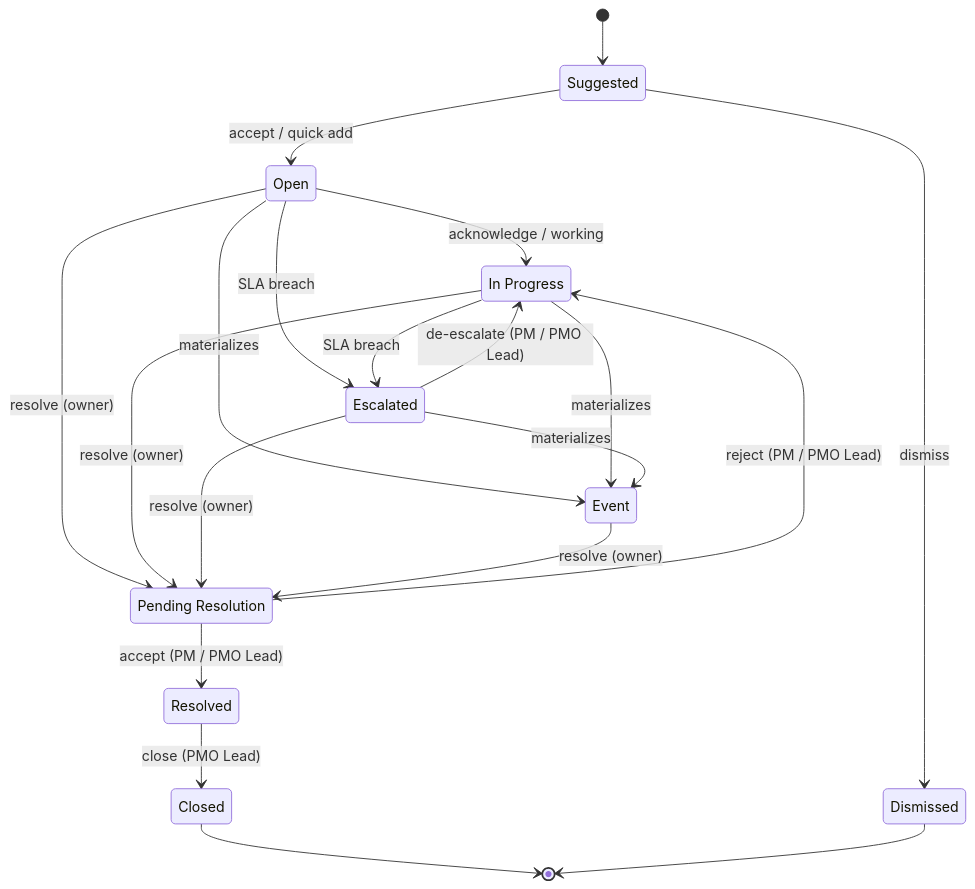
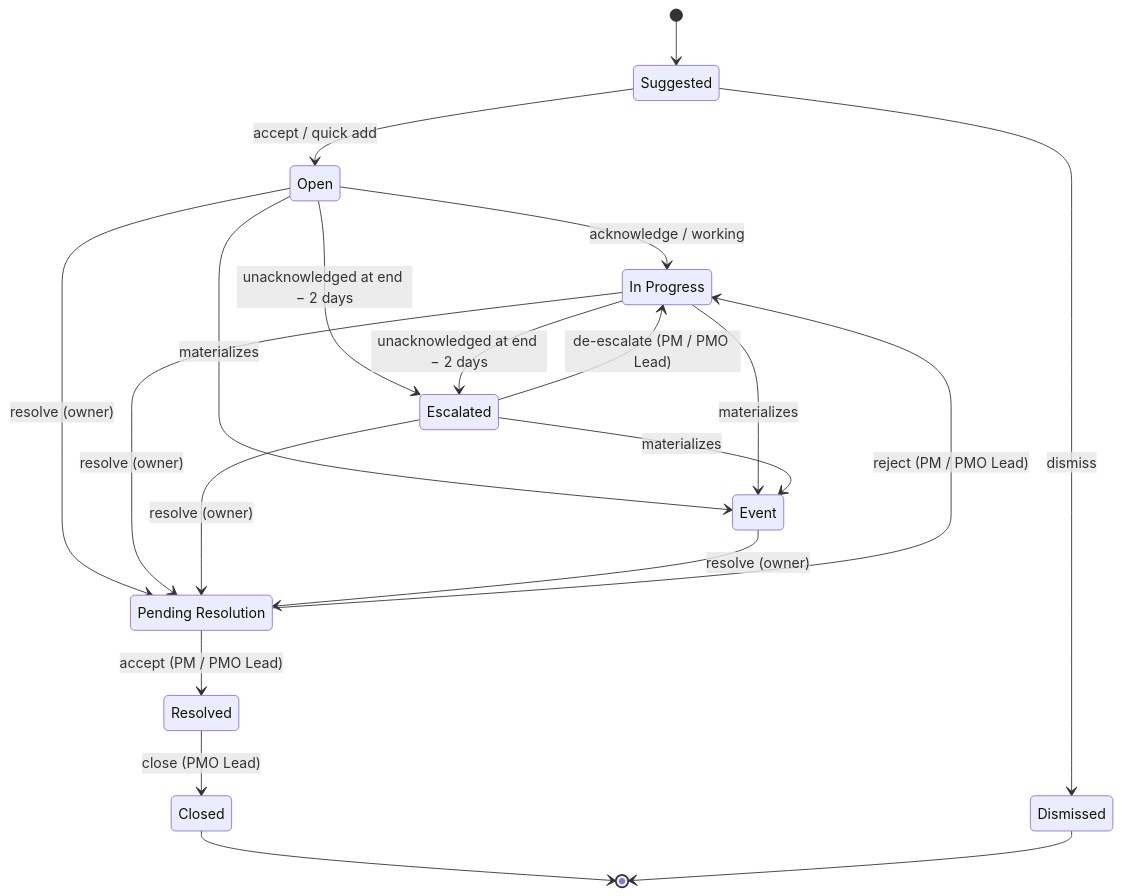
Before and after one commit to BelloOlawale/Pmo-risk-reccurrence: the tenth of 11 diagrams in PROCESS_FLOW.md, drawn with Mermaid. The commit also changed other lines of this file and 21 other files, not shown here.

````diff
--- a/PROCESS_FLOW.md
+++ b/PROCESS_FLOW.md
@@ -336,25 +336,25 @@
 ```mermaid
 stateDiagram-v2
     [*] --> Suggested
     Suggested --> Open : accept / quick add
     Suggested --> Dismissed : dismiss
     Open --> InProgress : acknowledge / working
-    Open --> Escalated : SLA breach
+    Open --> Escalated : unacknowledged at end − 2 days
     Open --> Event : materializes
     Open --> PendingResolution : resolve (owner)
-    InProgress --> Escalated : SLA breach
+    InProgress --> Escalated : unacknowledged at end − 2 days
     InProgress --> Event : materializes
     InProgress --> PendingResolution : resolve (owner)
     Escalated --> InProgress : de-escalate (PM / PMO Lead)
     Escalated --> Event : materializes
     Escalated --> PendingResolution : resolve (owner)
     Event --> PendingResolution : resolve (owner)
     PendingResolution --> Resolved : accept (PM / PMO Lead)
     PendingResolution --> InProgress : reject (PM / PMO Lead)
     Resolved --> Closed : close (PMO Lead)
     Closed --> [*]
     Dismissed --> [*]
 
     state "In Progress" as InProgress
     state "Pending Resolution" as PendingResolution
 ```
````
